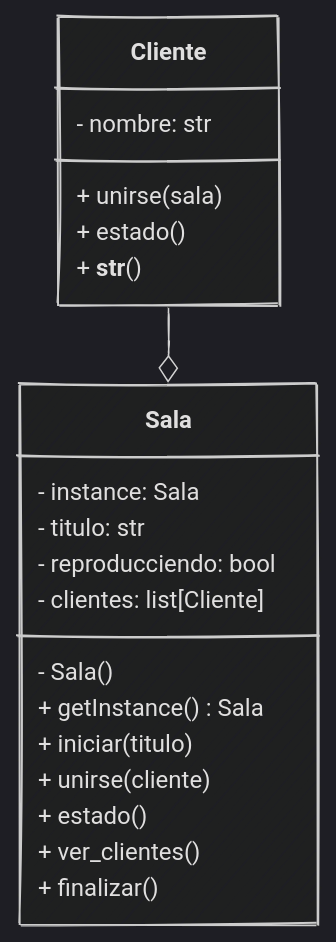
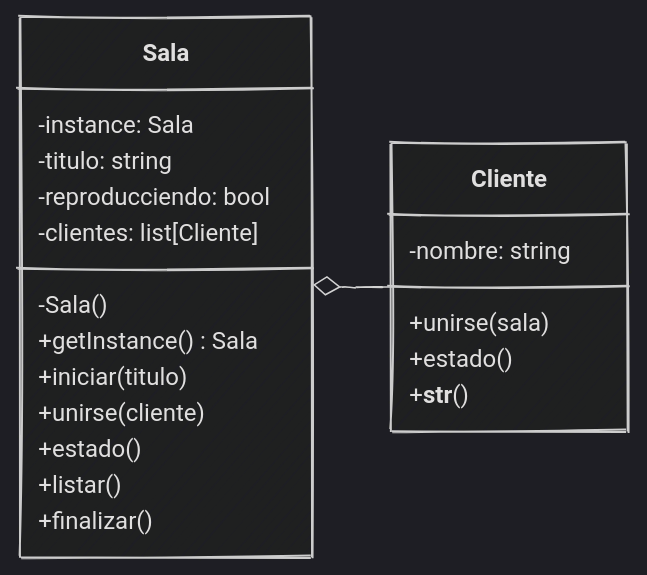
The third of 3 diagrams in content/sesion09/Readme.md (python-la-paz/python-study-group-oop), drawn with Mermaid before and after one commit. The commit also changed other lines of this file, not shown here.

Commit message:
Update Readme.md for Sesión 09: refine exercise descriptions, enhance clarity, and modify class diagram details

````diff
--- a/content/sesion09/Readme.md
+++ b/content/sesion09/Readme.md
@@ -827,24 +840,25 @@
 ```mermaid
 %%{init: {"theme": "dark", "look": "handDrawn"  }}%%
 classDiagram
+direction LR
+    class Cliente {
+        -nombre: string
+        +unirse(sala)
+        +estado()
+        +__str__()
+    }
     class Sala {
-        - instance: Sala
-        - titulo: str
-        - reproducciendo: bool
-        - clientes: list[Cliente]
-        - Sala()
-        + getInstance() Sala
-        + iniciar(titulo)
-        + unirse(cliente)
-        + estado()
-        + ver_clientes()
-        + finalizar()
+        -instance: Sala
+        -titulo: string
+        -reproducciendo: bool
+        -clientes: list[Cliente]
+        -Sala()
+        +getInstance() Sala
+        +iniciar(titulo)
+        +unirse(cliente)
+        +estado()
+        +listar()
+        +finalizar()
     }
-    class Cliente {
-        - nombre: str
-        + unirse(sala)
-        + estado()
-        + __str__()
-    }
-    Cliente --o Sala
+    Sala o-- Cliente
 ```
````
